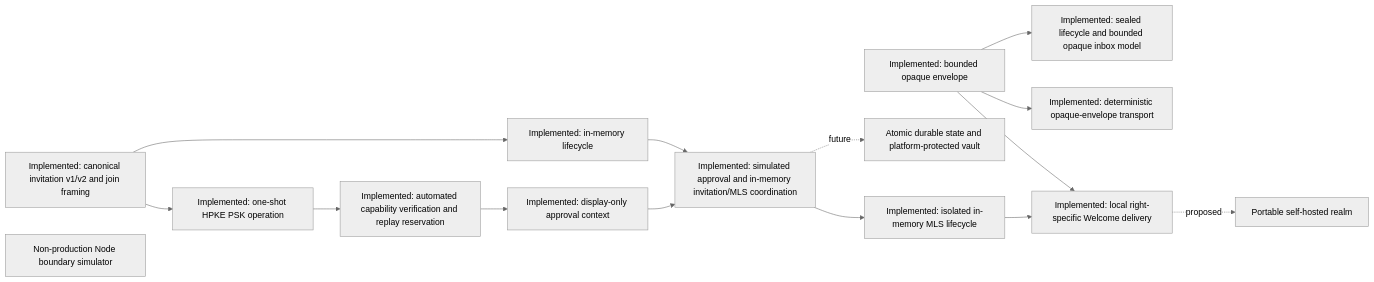
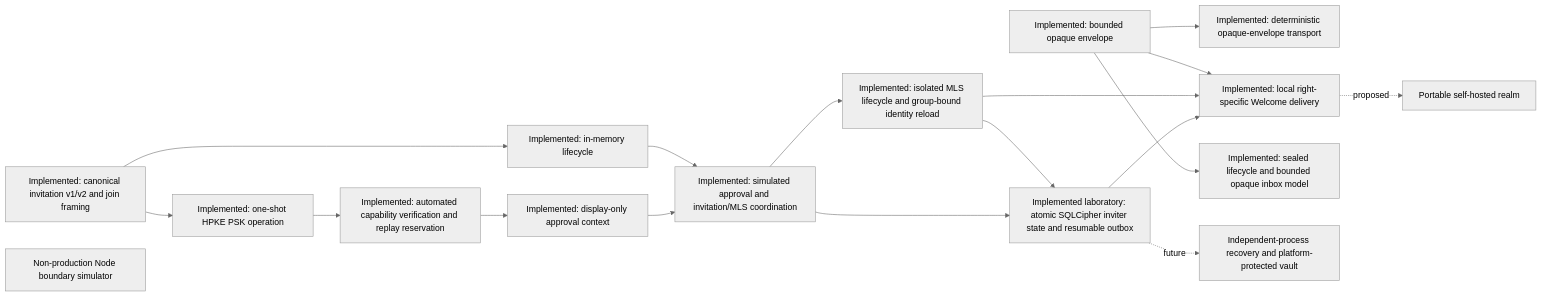
Before and after one commit to dills122/session-chat: the diagram in docs/INDEPENDENT_AUDIT_BRIEF.md, drawn with Mermaid (neutral theme). The commit also changed other lines of this file and 24 other files, not shown here.

First line of the commit message:
Persist and reload durable MLS client identity (#281)

````diff
--- a/docs/INDEPENDENT_AUDIT_BRIEF.md
+++ b/docs/INDEPENDENT_AUDIT_BRIEF.md
@@ -116,20 +123,24 @@
 ```mermaid
 flowchart LR
   I["Implemented: canonical invitation v1/v2 and join framing"] --> P["Implemented: one-shot HPKE PSK operation"]
   P --> C["Implemented: automated capability verification and replay reservation"]
   I --> R["Implemented: in-memory lifecycle"]
   E["Implemented: bounded opaque envelope"]
-  M["Implemented: isolated in-memory MLS lifecycle"]
+  M["Implemented: isolated MLS lifecycle and group-bound identity reload"]
+  Q["Implemented laboratory: atomic SQLCipher inviter state and resumable outbox"]
   D["Implemented: deterministic opaque-envelope transport"]
   N["Non-production Node boundary simulator"]
   C --> O["Implemented: display-only approval context"]
-  O --> A["Implemented: simulated approval and in-memory invitation/MLS coordination"]
+  O --> A["Implemented: simulated approval and invitation/MLS coordination"]
   R --> A
   A --> M
+  A --> Q
+  M --> Q
+  Q --> T
   M --> T["Implemented: local right-specific Welcome delivery"]
   E --> T
   E --> D
   E --> V["Implemented: sealed lifecycle and bounded opaque inbox model"]
-  A -. future .-> S["Atomic durable state and platform-protected vault"]
+  Q -. future .-> S["Independent-process recovery and platform-protected vault"]
   T -. proposed .-> H["Portable self-hosted realm"]
 ```
````
